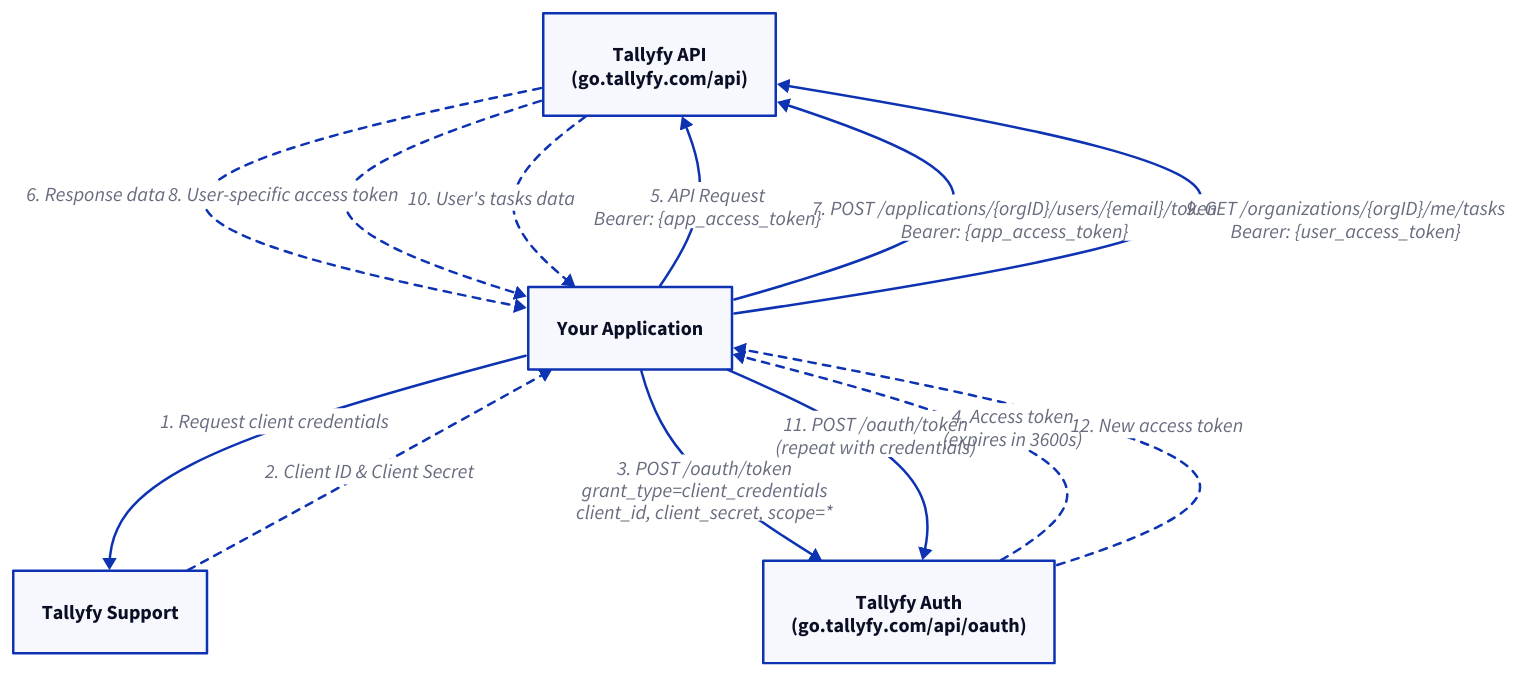
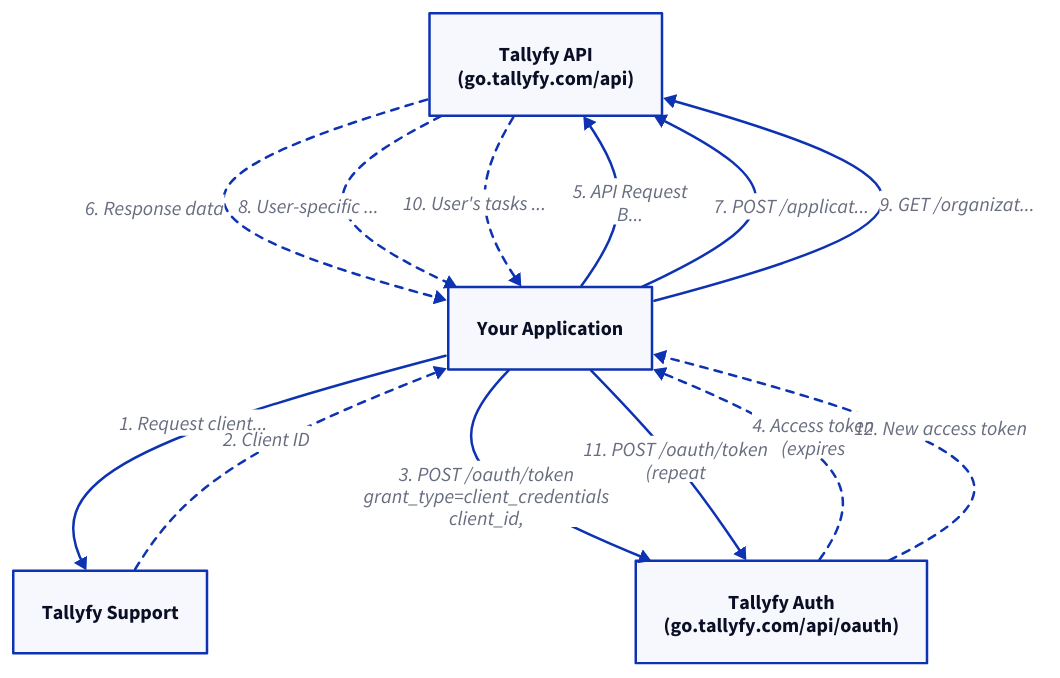
The diagram in src/content/docs/pro/integrations/open-api/code-samples/authentication/client-credentials-flow.mdx (tallyfy/documentation), drawn with D2 before and after one commit. The commit also changed other lines of this file and 605 other files, not shown here.

````diff
--- a/src/content/docs/pro/integrations/open-api/code-samples/authentication/client-credentials-flow.mdx
+++ b/src/content/docs/pro/integrations/open-api/code-samples/authentication/client-credentials-flow.mdx
@@ -28,32 +29,32 @@
 ```d2
 API: "API"
 App: "App"
 Auth: "Auth"
 Support: "Support"
 App: Your Application
 Support: Tallyfy Support
 Auth: Tallyfy Auth\n(go.tallyfy.com/api/oauth)
 API: Tallyfy API\n(go.tallyfy.com/api)
 
 # One-time Setup
-App -> Support: "1. Request client credentials"
-Support -> App: "2. Client ID & Client Secret" {style.stroke-dash: 3}
+App -> Support: "1. Request client..."
+Support -> App: "2. Client ID" {style.stroke-dash: 3}
 
 # Application-Level Authentication
-App -> Auth: "3. POST /oauth/token\ngrant_type=client_credentials\nclient_id, client_secret, scope=*"
-Auth -> App: "4. Access token\n(expires in 3600s)" {style.stroke-dash: 3}
+App -> Auth: "3. POST /oauth/token\ngrant_type=client_credentials\nclient_id,"
+Auth -> App: "4. Access token\n(expires" {style.stroke-dash: 3}
 
-App -> API: "5. API Request\nBearer: {app_access_token}"
+App -> API: "5. API Request\nB..."
 API -> App: "6. Response data" {style.stroke-dash: 3}
 
 # Optional: User-Specific Operations
-App -> API: "7. POST /applications/{orgID}/users/{email}/token\nBearer: {app_access_token}"
-API -> App: "8. User-specific access token" {style.stroke-dash: 3}
+App -> API: "7. POST /applicat..."
+API -> App: "8. User-specific ..." {style.stroke-dash: 3}
 
-App -> API: "9. GET /organizations/{orgID}/me/tasks\nBearer: {user_access_token}"
-API -> App: "10. User's tasks data" {style.stroke-dash: 3}
+App -> API: "9. GET /organizat..."
+API -> App: "10. User's tasks ..." {style.stroke-dash: 3}
 
 # Token Refresh Required Before Expiry
-App -> Auth: "11. POST /oauth/token\n(repeat with credentials)"
+App -> Auth: "11. POST /oauth/token\n(repeat"
 Auth -> App: "12. New access token" {style.stroke-dash: 3}
 ```
````
